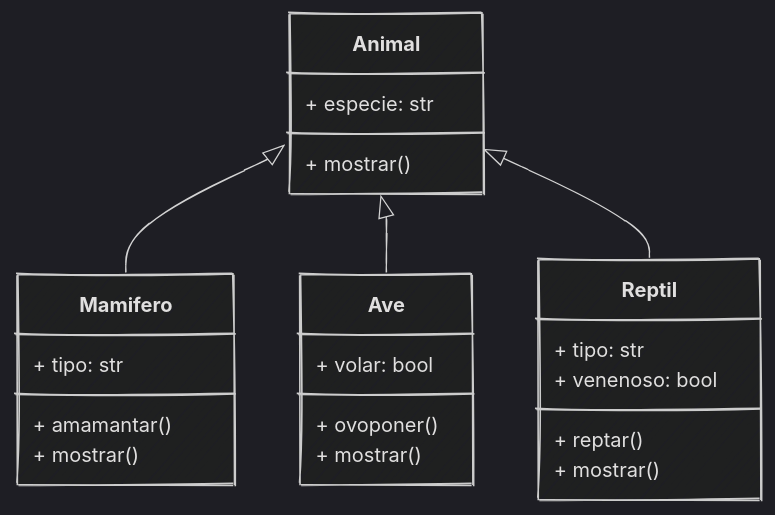
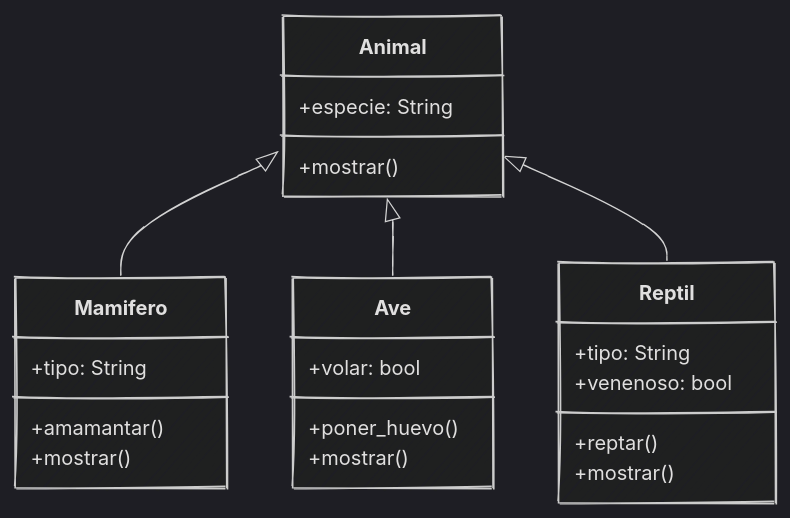
Before and after one commit to python-la-paz/python-study-group-oop: the eighth of 9 diagrams in content/sesion05/Readme.md, drawn with Mermaid. The commit also changed other lines of this file and 7 other files, not shown here.

````diff
--- a/content/sesion05/Readme.md
+++ b/content/sesion05/Readme.md
@@ -1152,27 +1071,27 @@
 ```mermaid
 %%{init: {"theme": "dark", "look": "handDrawn" }}%%
 classDiagram
     class Animal {
-        + especie: str
-        + mostrar()
+        +especie: String
+        +mostrar()
     }
     class Mamifero {
-        + tipo: str
-        + amamantar()
-        + mostrar()
+        +tipo: String
+        +amamantar()
+        +mostrar()
     }
     class Ave {
-        + volar: bool
-        + ovoponer()
-        + mostrar()
+        +volar: bool
+        +poner_huevo()
+        +mostrar()
     }
     class Reptil {
-        + tipo: str
-        + venenoso: bool
-        + reptar()
-        + mostrar()
+        +tipo: String
+        +venenoso: bool
+        +reptar()
+        +mostrar()
     }
     Animal <|-- Mamifero
     Animal <|-- Ave
     Animal <|-- Reptil
 ```
````
